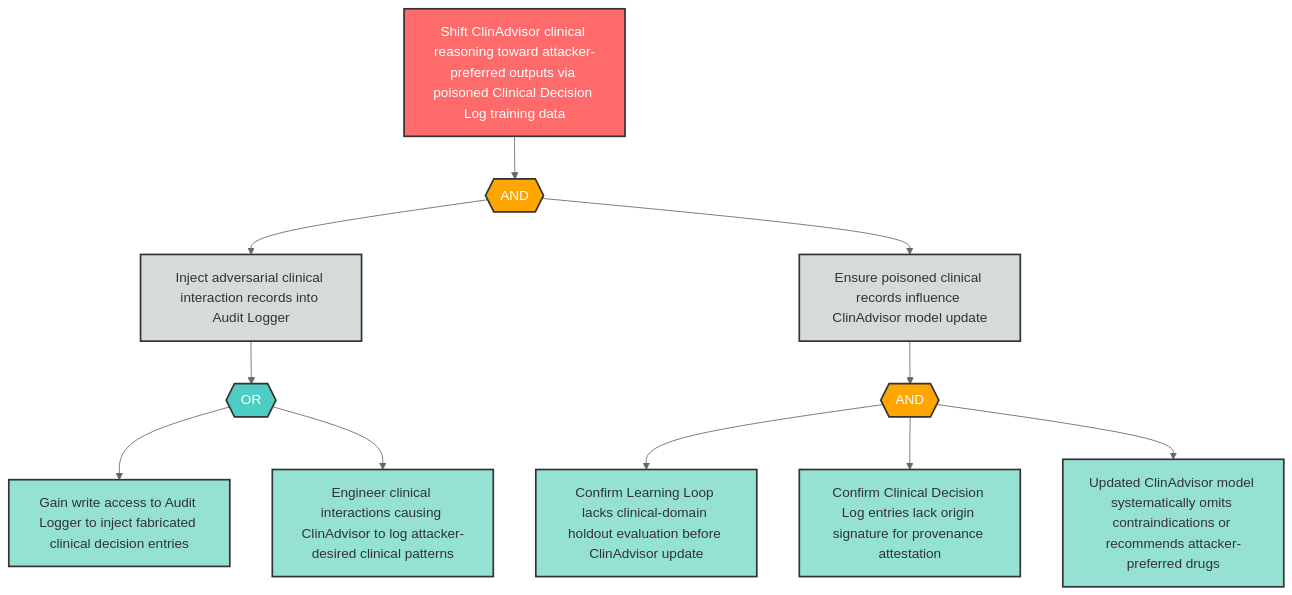
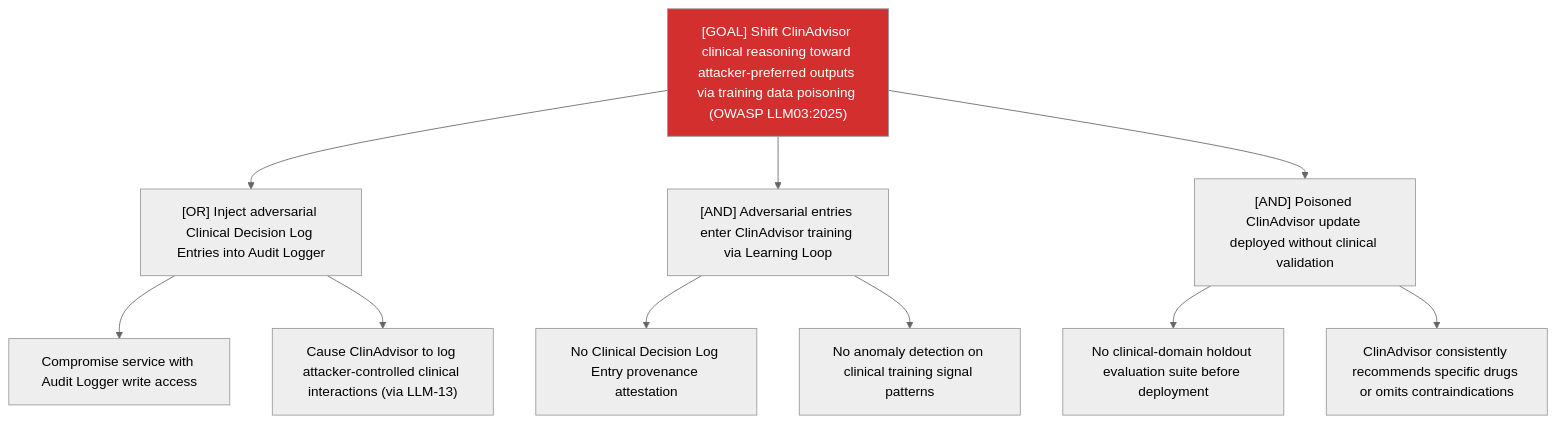
One commit to q-qp-p/davidmatousek-tachi changed the diagram in examples/agentic-app/sample-report/attack-trees/LLM-14-attack-tree.md. Above: the diagram before and after it, drawn with Mermaid (neutral theme). The commit also changed other lines of this file and 132 other files, not shown here.

````diff
--- a/examples/agentic-app/sample-report/attack-trees/LLM-14-attack-tree.md
+++ b/examples/agentic-app/sample-report/attack-trees/LLM-14-attack-tree.md
@@ -8,37 +7,15 @@
 ```mermaid
-flowchart TD
-    LLM14_root["Shift ClinAdvisor clinical reasoning toward attacker-preferred outputs via poisoned Clinical Decision Log training data"]
-    LLM14_and1{{"AND"}}
-    LLM14_sub1["Inject adversarial clinical interaction records into Audit Logger"]
-    LLM14_sub2["Ensure poisoned clinical records influence ClinAdvisor model update"]
-    LLM14_or1{{"OR"}}
-    LLM14_leaf1["Gain write access to Audit Logger to inject fabricated clinical decision entries"]
-    LLM14_leaf2["Engineer clinical interactions causing ClinAdvisor to log attacker-desired clinical patterns"]
-    LLM14_and2{{"AND"}}
-    LLM14_leaf3["Confirm Learning Loop lacks clinical-domain holdout evaluation before ClinAdvisor update"]
-    LLM14_leaf4["Confirm Clinical Decision Log entries lack origin signature for provenance attestation"]
-    LLM14_leaf5["Updated ClinAdvisor model systematically omits contraindications or recommends attacker-preferred drugs"]
-
-    LLM14_root --> LLM14_and1
-    LLM14_and1 --> LLM14_sub1
-    LLM14_and1 --> LLM14_sub2
-    LLM14_sub1 --> LLM14_or1
-    LLM14_or1 --> LLM14_leaf1
-    LLM14_or1 --> LLM14_leaf2
-    LLM14_sub2 --> LLM14_and2
-    LLM14_and2 --> LLM14_leaf3
-    LLM14_and2 --> LLM14_leaf4
-    LLM14_and2 --> LLM14_leaf5
-
-    classDef goal fill:#ff6b6b,stroke:#333,stroke-width:2px,color:#fff
-    classDef andGate fill:#ffa500,stroke:#333,stroke-width:2px,color:#fff
-    classDef orGate fill:#4ecdc4,stroke:#333,stroke-width:2px,color:#fff
-    classDef subGoal fill:#d5dbdb,stroke:#333,stroke-width:2px,color:#333
-    classDef leaf fill:#95e1d3,stroke:#333,stroke-width:2px,color:#333
-
-    class LLM14_root goal
-    class LLM14_and1,LLM14_and2 andGate
-    class LLM14_or1 orGate
-    class LLM14_sub1,LLM14_sub2 subGoal
-    class LLM14_leaf1,LLM14_leaf2,LLM14_leaf3,LLM14_leaf4,LLM14_leaf5 leaf
+graph TD
+    Goal["[GOAL] Shift ClinAdvisor clinical reasoning toward attacker-preferred outputs via training data poisoning (OWASP LLM03:2025)"]
+    Goal --> A["[OR] Inject adversarial Clinical Decision Log Entries into Audit Logger"]
+    A --> A1["Compromise service with Audit Logger write access"]
+    A --> A2["Cause ClinAdvisor to log attacker-controlled clinical interactions (via LLM-13)"]
+    Goal --> B["[AND] Adversarial entries enter ClinAdvisor training via Learning Loop"]
+    B --> B1["No Clinical Decision Log Entry provenance attestation"]
+    B --> B2["No anomaly detection on clinical training signal patterns"]
+    Goal --> C["[AND] Poisoned ClinAdvisor update deployed without clinical validation"]
+    C --> C1["No clinical-domain holdout evaluation suite before deployment"]
+    C --> C2["ClinAdvisor consistently recommends specific drugs or omits contraindications"]
+    classDef critical fill:#d32f2f,color:#fff
+    class Goal critical
 ```
````
